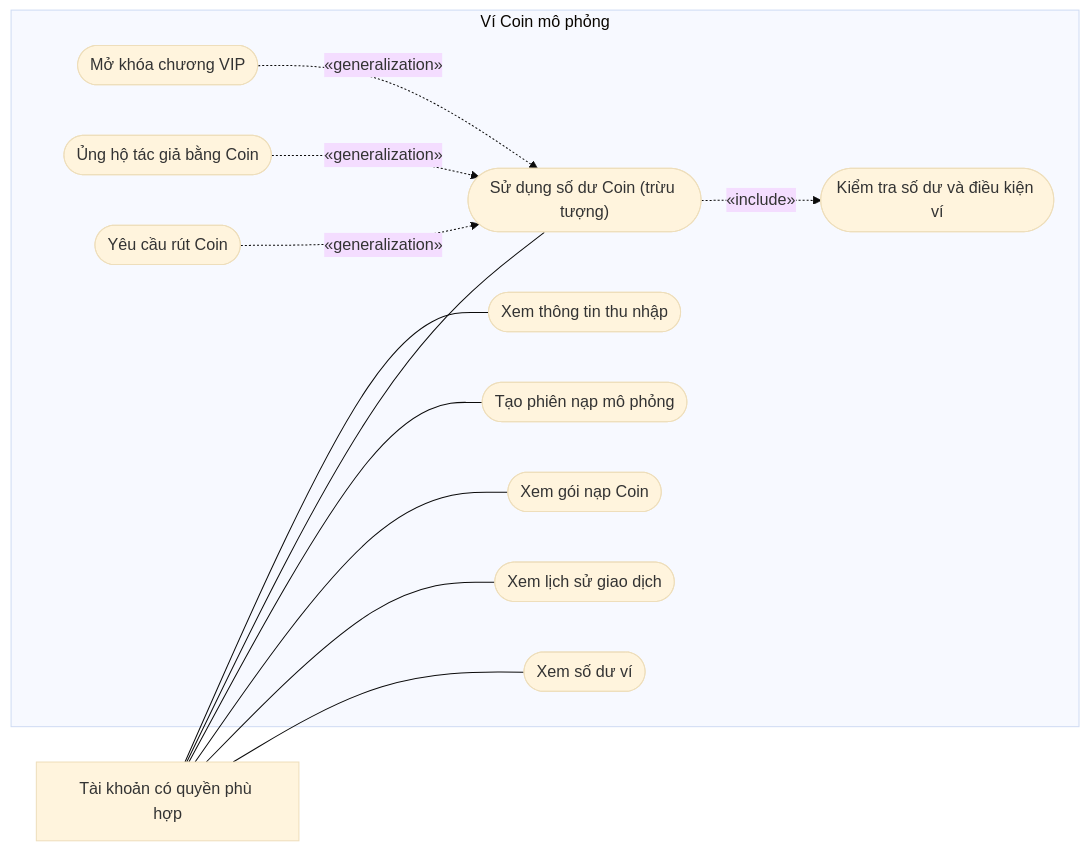
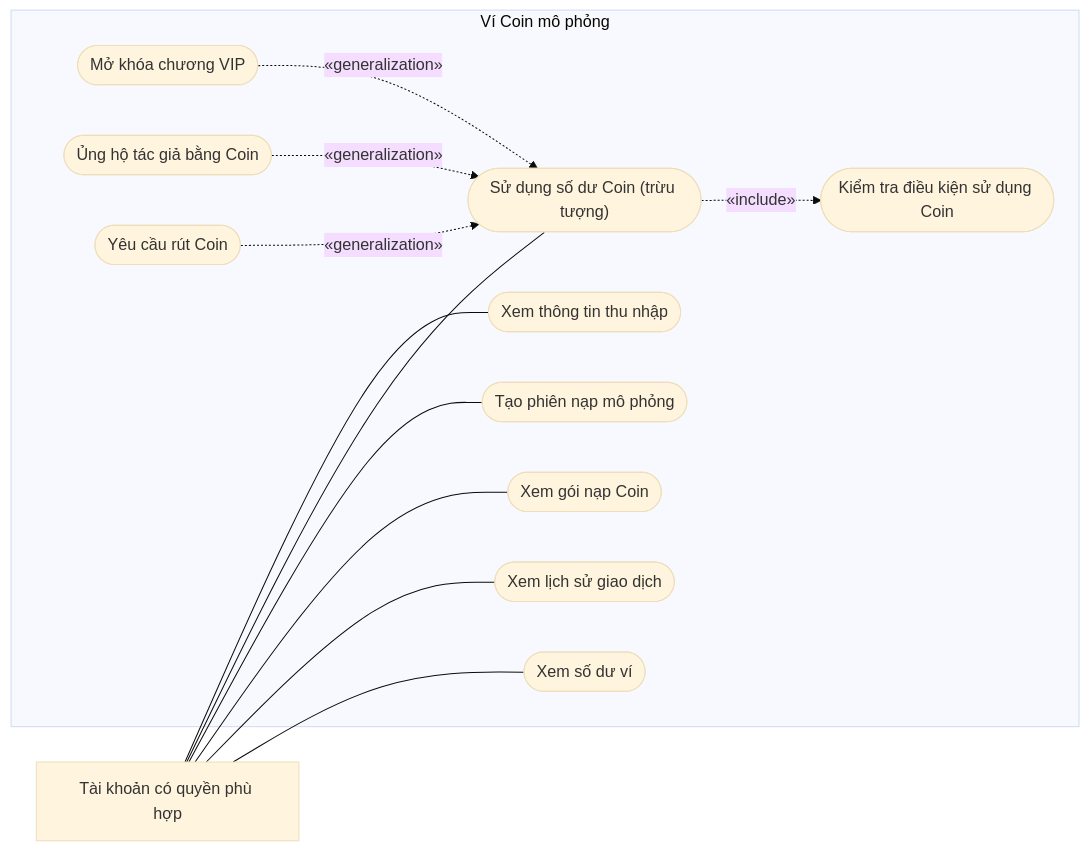
One commit to Ephurin/Novel_sharing_platform changed the third of 3 diagrams in docs/chuong-3-so-do/01a-usecase-doc-gia.md. Above: the diagram before and after it, drawn with Mermaid (base theme). The commit also changed other lines of this file, not shown here.

Commit message:
docs: correct AI proposal and Coin preconditions against current services

````diff
--- a/docs/chuong-3-so-do/01a-usecase-doc-gia.md
+++ b/docs/chuong-3-so-do/01a-usecase-doc-gia.md
@@ -98,26 +98,26 @@
 ```mermaid
 flowchart LR
     U["Tài khoản có quyền phù hợp"]
     subgraph SYS["Ví Coin mô phỏng"]
         U1(["Xem số dư ví"])
         U2(["Xem lịch sử giao dịch"])
         U3(["Xem gói nạp Coin"])
         U4(["Tạo phiên nạp mô phỏng"])
         U5(["Sử dụng số dư Coin (trừu tượng)"])
         U6(["Mở khóa chương VIP"])
         U7(["Ủng hộ tác giả bằng Coin"])
         U8(["Yêu cầu rút Coin"])
-        U9(["Kiểm tra số dư và điều kiện ví"])
+        U9(["Kiểm tra điều kiện sử dụng Coin"])
         U10(["Xem thông tin thu nhập"])
     end
     U --- U1
     U --- U2
     U --- U3
     U --- U4
     U --- U5
     U --- U10
     U6 -.->|"«generalization»"| U5
     U7 -.->|"«generalization»"| U5
     U8 -.->|"«generalization»"| U5
     U5 -.->|"«include»"| U9
 ```
````
